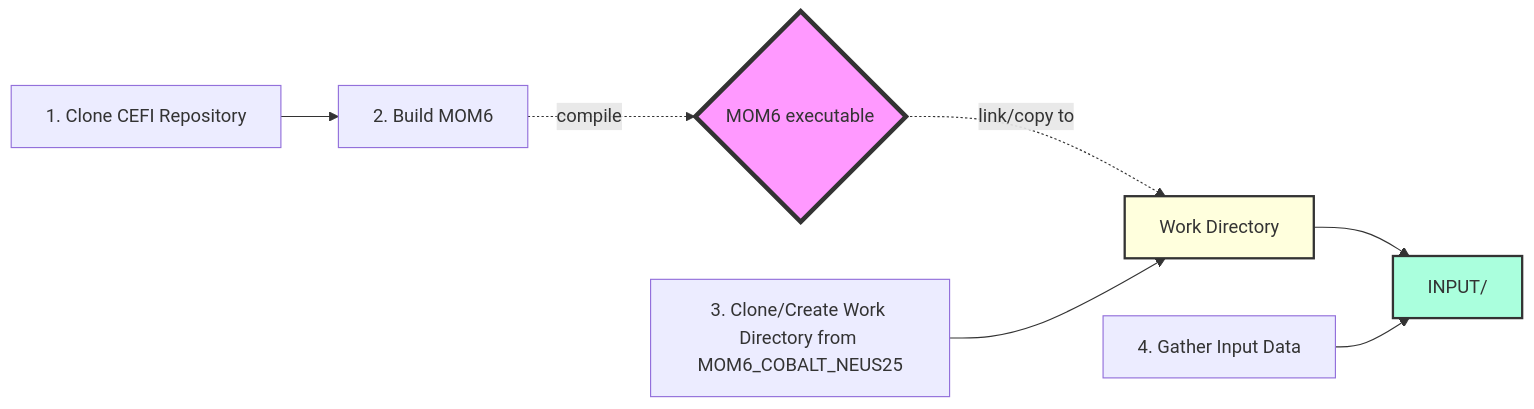
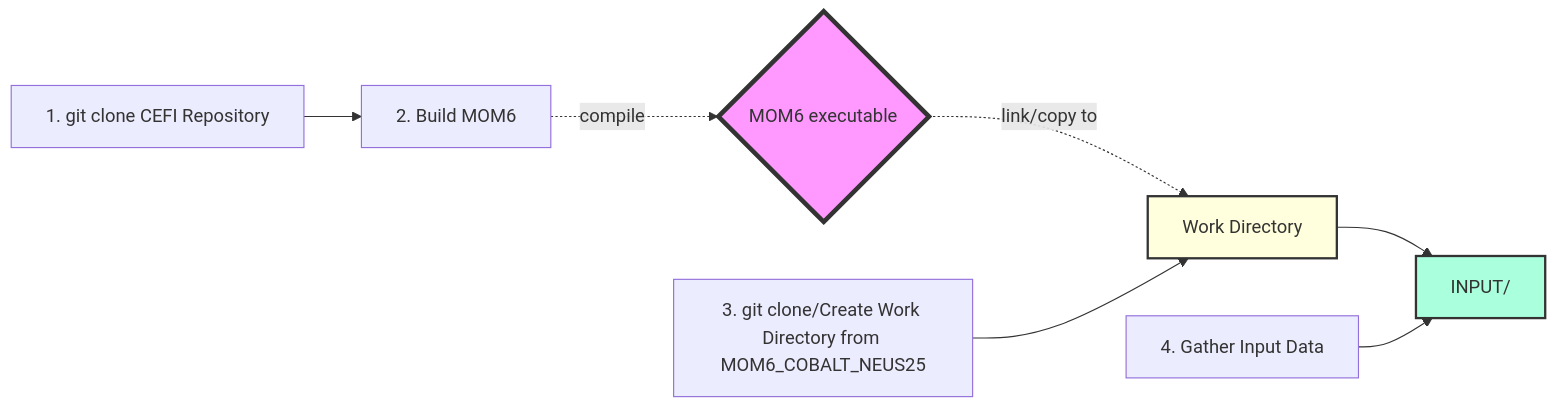
The first of 2 diagrams in README2.md (dksasaki/MOM6_COBALT_NEUS25), drawn with Mermaid before and after one commit.

Commit message:
minor changes

````diff
--- a/README2.md
+++ b/README2.md
@@ -19,18 +19,18 @@
 ```mermaid
 flowchart LR
-    A[1. Clone CEFI Repository] --> B[2. Build MOM6]
+    A[1. git clone CEFI Repository] --> B[2. Build MOM6]
     B -.-> |compile| C{MOM6 executable}
     
-    D[3. Clone/Create Work Directory from MOM6_COBALT_NEUS25]
+    D[3. git clone/Create Work Directory from MOM6_COBALT_NEUS25]
     C -.-> |link/copy to| E[Work Directory]
     D --> E
     
     E --> H
     %% F[4. Gather Input Data <br/> <br/>Static Files<br/>- Grid<br/>- Initial Conditions<br/>- Auxiliary Files <br/> <br/>Forcing Files<br/>- Atmosphere<br/>- Ocean BC<br/>- Rivers]
     F[4. Gather Input Data ]
     F --> H[INPUT/]
     
     style C fill:#f9f,stroke:#333,stroke-width:4px
     style H fill:#afd,stroke:#333,stroke-width:2px
     style E fill:#ffd,stroke:#333,stroke-width:2px
 ```
````
